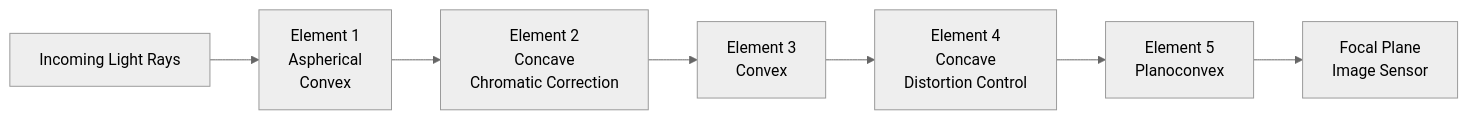
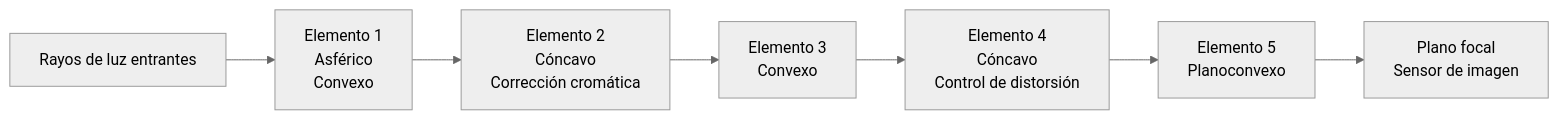
Before and after one commit to zoozooll/AndroidCameraParameters: the first of 5 diagrams in website/i18n/es/docusaurus-plugin-content-docs/current/camera2/understanding-smartphone-cameras.md, drawn with Mermaid (neutral theme). The commit also changed other lines of this file and 378 other files, not shown here.

````diff
--- a/website/i18n/es/docusaurus-plugin-content-docs/current/camera2/understanding-smartphone-cameras.md
+++ b/website/i18n/es/docusaurus-plugin-content-docs/current/camera2/understanding-smartphone-cameras.md
@@ -47,9 +47,9 @@
 ```mermaid
 graph LR
-    A[Incoming Light Rays] --> B[Element 1\nAspherical\nConvex]
-    B --> C[Element 2\nConcave\nChromatic Correction]
-    C --> D[Element 3\nConvex]
-    D --> E[Element 4\nConcave\nDistortion Control]
-    E --> F[Element 5\nPlanoconvex]
-    F --> G[Focal Plane\nImage Sensor]
+    A["Rayos de luz entrantes"] --> B["Elemento 1<br/>Asférico<br/>Convexo"]
+    B --> C[Elemento 2<br/>Cóncavo<br/>Corrección cromática]
+    C --> D[Elemento 3<br/>Convexo]
+    D --> E[Elemento 4<br/>Cóncavo<br/>Control de distorsión]
+    E --> F[Elemento 5<br/>Planoconvexo]
+    F --> G[Plano focal<br/>Sensor de imagen]
 ```
````
